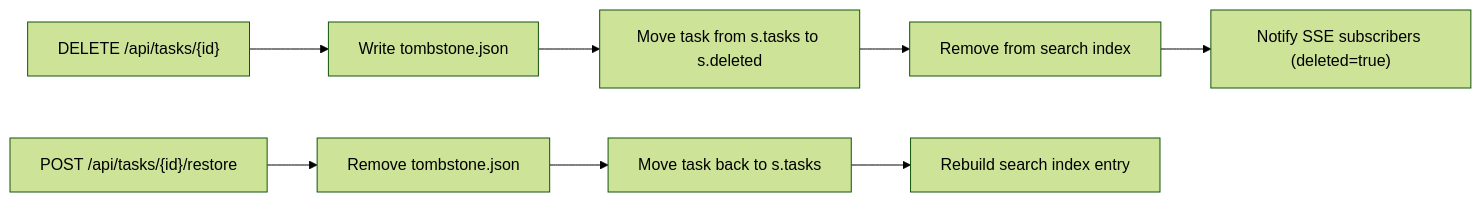
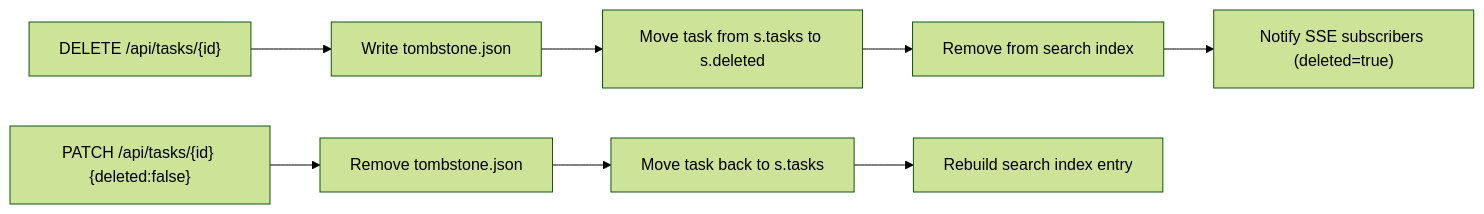
One commit to changkun/wallfacer changed the third of 3 diagrams in docs/internals/data-and-storage.md. Above: the diagram before and after it, drawn with Mermaid (forest theme). The commit also changed other lines of this file and 20 other files, not shown here.

First line of the commit message:
internal/handler: fold cancel/archive/unarchive/restore into PATCH

````diff
--- a/docs/internals/data-and-storage.md
+++ b/docs/internals/data-and-storage.md
@@ -474,10 +474,10 @@
 ```mermaid
 flowchart LR
     A["DELETE /api/tasks/{id}"] --> B["Write tombstone.json"]
     B --> C["Move task from s.tasks to s.deleted"]
     C --> D["Remove from search index"]
     D --> E["Notify SSE subscribers (deleted=true)"]
-    F["POST /api/tasks/{id}/restore"] --> G["Remove tombstone.json"]
+    F["PATCH /api/tasks/{id} {deleted:false}"] --> G["Remove tombstone.json"]
     G --> H["Move task back to s.tasks"]
     H --> I["Rebuild search index entry"]
 ```
````
